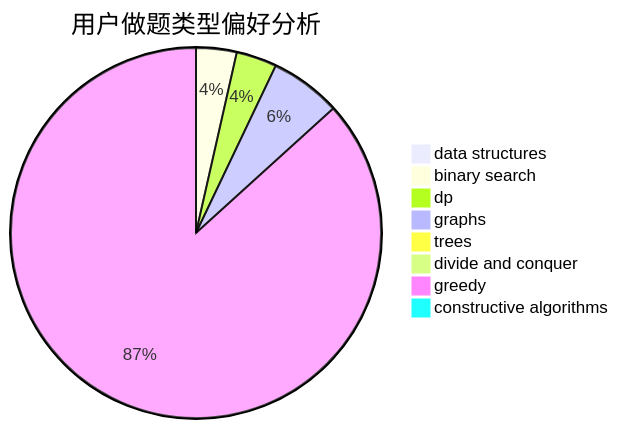
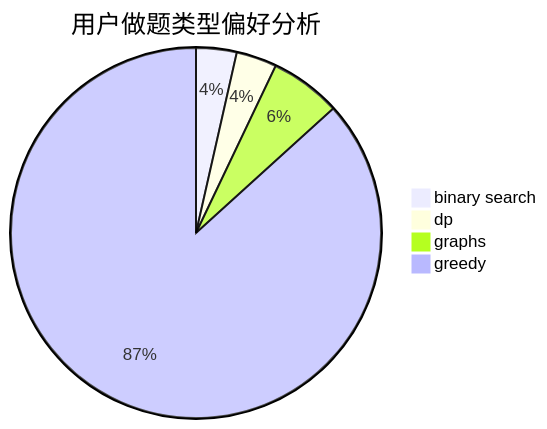
Before and after one commit to sherpahu/cfrs.github.io: the second of 3 diagrams in docs/user/u481.md, drawn with Mermaid. The commit also changed other lines of this file and 2770 other files, not shown here.

````diff
--- a/docs/user/u481.md
+++ b/docs/user/u481.md
@@ -18,11 +15,7 @@
 ```mermaid
 pie title 用户做题类型偏好分析
-    "data structures" :  0
     "binary search" :  4
     "dp" :  4
     "graphs" :  7
-    "trees" :  0
-    "divide and conquer" :  0
     "greedy" :  98
-    "constructive algorithms" :  0
 ```
````
